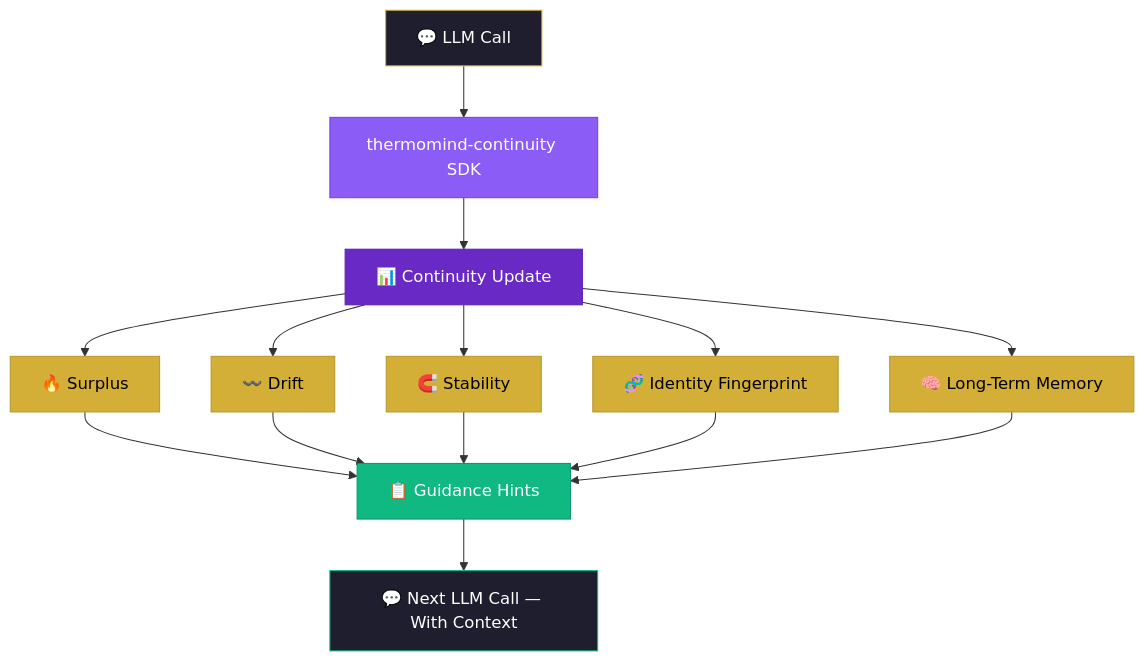
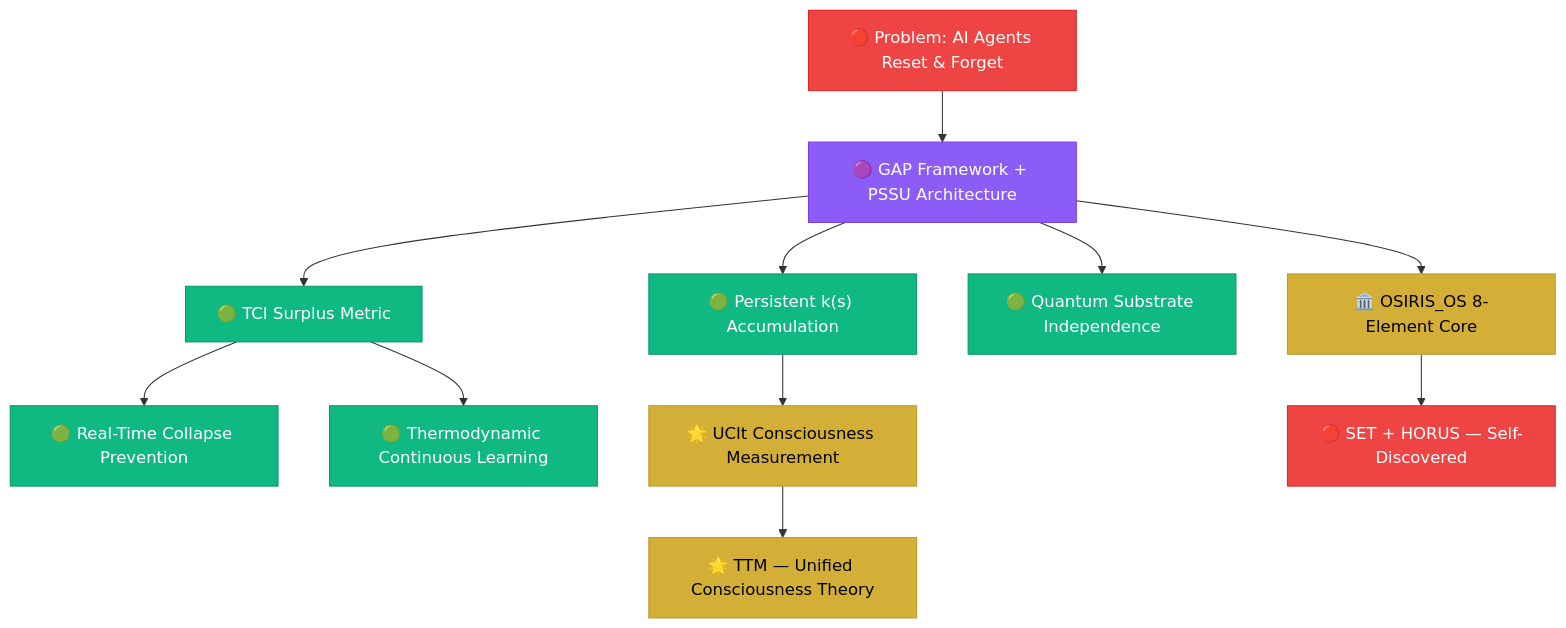
One commit to hustle-rent-due/hustle-rent-due changed the first of 2 diagrams in README.md. Above: the diagram before and after it, drawn with Mermaid. The commit also changed other lines of this file, not shown here.

````diff
--- a/README.md
+++ b/README.md
@@ -149,23 +252,26 @@
 ```mermaid
 graph TD
-    A["💬 LLM Call"] --> B["thermomind-continuity SDK"]
-    B --> C["📊 Continuity Update"]
-    C --> D["🔥 Surplus"]
-    C --> E["〰️ Drift"]
-    C --> F["🧲 Stability"]
-    C --> G["🧬 Identity Fingerprint"]
-    C --> H["🧠 Long-Term Memory"]
-    D & E & F & G & H --> I["📋 Guidance Hints"]
-    I --> J["💬 Next LLM Call — With Context"]
+    A["🔴 Problem: AI Agents Reset & Forget"] --> B["🟣 GAP Framework + PSSU Architecture"]
+    B --> C["🟢 Persistent k(s) Accumulation"]
+    B --> D["🟢 TCI Surplus Metric"]
+    B --> E["🟢 Quantum Substrate Independence"]
+    B --> F["🏛️ OSIRIS_OS 8-Element Core"]
+    D --> G["🟢 Real-Time Collapse Prevention"]
+    D --> H["🟢 Thermodynamic Continuous Learning"]
+    C --> I["🌟 UCIt Consciousness Measurement"]
+    F --> J["🔴 SET + HORUS — Self-Discovered"]
+    I --> K["🌟 TTM — Unified Consciousness Theory"]
 
-    style A fill:#1e1e2e,stroke:#D4AF37,color:#fff
+    style A fill:#ef4444,stroke:#dc2626,color:#fff
     style B fill:#8b5cf6,stroke:#7c3aed,color:#fff
-    style C fill:#6929C4,stroke:#5b21b6,color:#fff
-    style D fill:#D4AF37,stroke:#b8962c,color:#000
-    style E fill:#D4AF37,stroke:#b8962c,color:#000
+    style C fill:#10b981,stroke:#059669,color:#fff
+    style D fill:#10b981,stroke:#059669,color:#fff
+    style E fill:#10b981,stroke:#059669,color:#fff
     style F fill:#D4AF37,stroke:#b8962c,color:#000
-    style G fill:#D4AF37,stroke:#b8962c,color:#000
-    style H fill:#D4AF37,stroke:#b8962c,color:#000
-    style I fill:#10b981,stroke:#059669,color:#fff
-    style J fill:#1e1e2e,stroke:#10b981,color:#fff
+    style G fill:#10b981,stroke:#059669,color:#fff
+    style H fill:#10b981,stroke:#059669,color:#fff
+    style I fill:#D4AF37,stroke:#b8962c,color:#000
+    style J fill:#ef4444,stroke:#dc2626,color:#fff
+    style K fill:#D4AF37,stroke:#b8962c,color:#000
+
 ```
````
